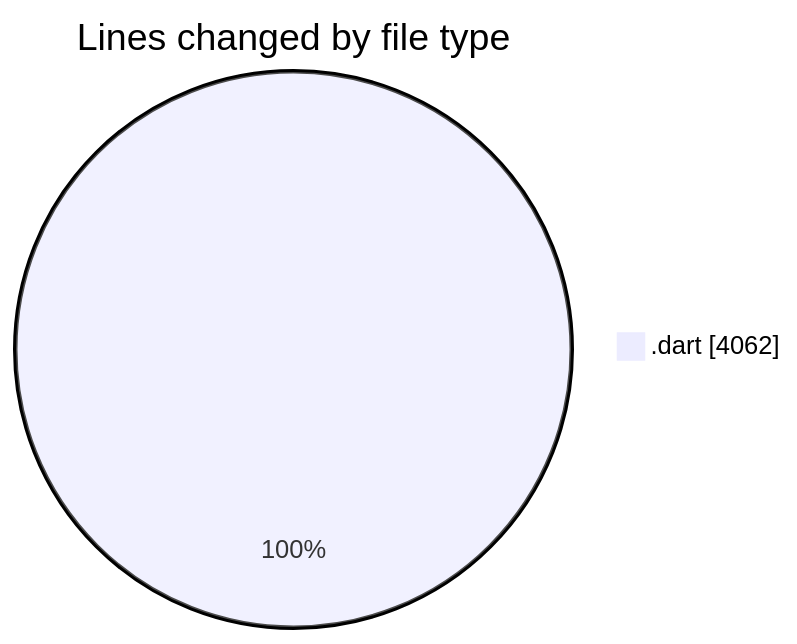
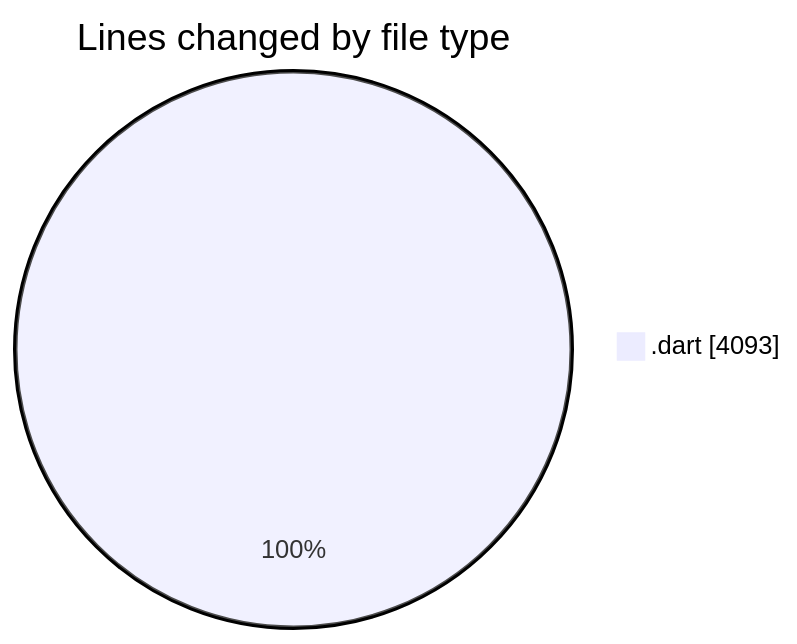
One commit to lephambinh05/code-tracking changed the first of 2 diagrams in 2025-08-05/studybuddy/README.md. Above: the diagram before and after it, drawn with Mermaid. The commit also changed other lines of this file and 1 other file, not shown here.

````diff
--- a/2025-08-05/studybuddy/README.md
+++ b/2025-08-05/studybuddy/README.md
@@ -30,5 +30,5 @@
 ```mermaid
 pie showData
 title Lines changed by file type
-".dart" : 4062
+".dart" : 4093
 ```
````
